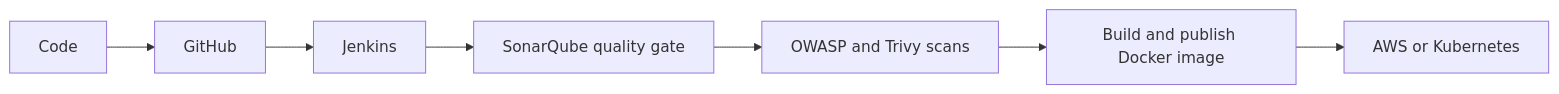
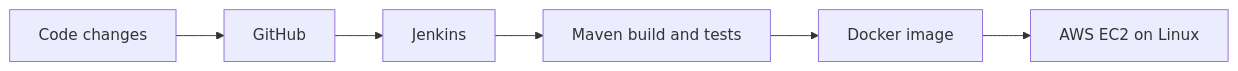
One commit to SagarSawant2611/SagarSawant2611 changed the diagram in README.md. Above: the diagram before and after it, drawn with Mermaid. The commit also changed other lines of this file, not shown here.

````diff
--- a/README.md
+++ b/README.md
@@ -32,9 +30,8 @@
 ```mermaid
 flowchart LR
-    A[Code] --> B[GitHub]
+    A[Code changes] --> B[GitHub]
     B --> C[Jenkins]
-    C --> D[SonarQube quality gate]
-    D --> E[OWASP and Trivy scans]
-    E --> F[Build and publish Docker image]
-    F --> G[AWS or Kubernetes]
+    C --> D[Maven build and tests]
+    D --> E[Docker image]
+    E --> F[AWS EC2 on Linux]
 ```
````
